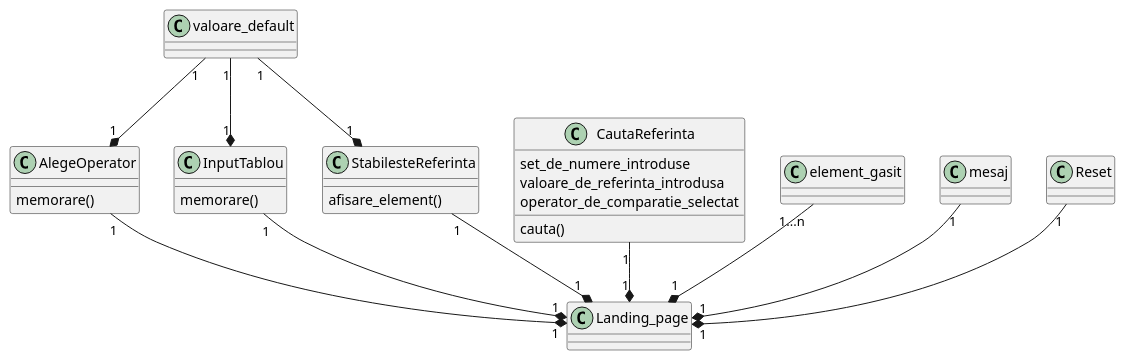
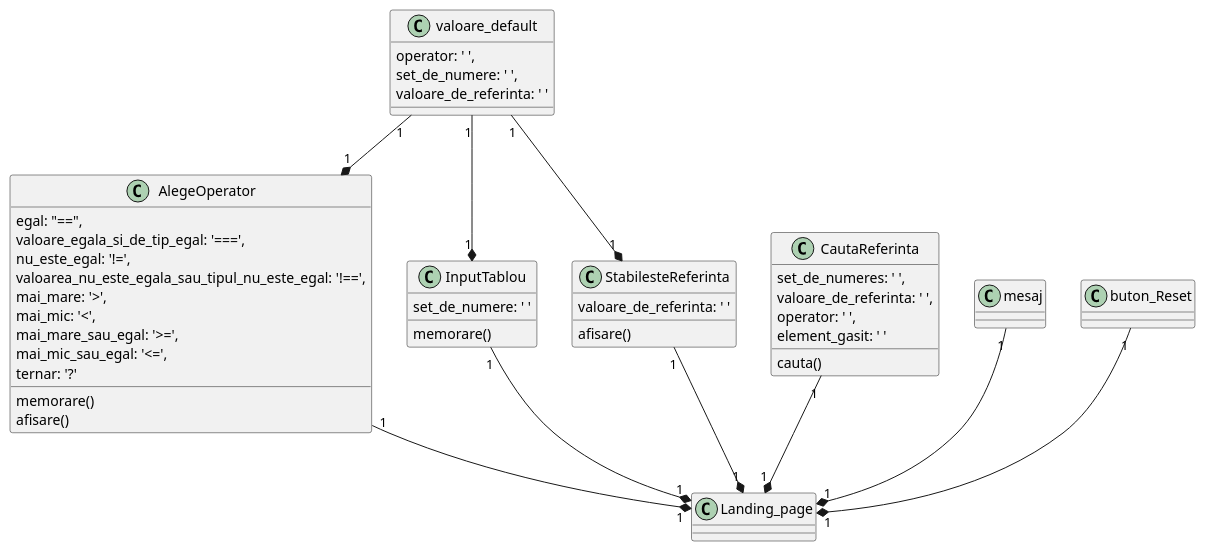
Before and after one commit to CalinMargineanu/SearchApp: the diagram in Class Diagram.puml, drawn with PlantUML.

```diff
--- a/Class Diagram.puml
+++ b/Class Diagram.puml
@@ -1,47 +1,64 @@
 @startuml
 
 class Landing_page {
 }
 
 class AlegeOperator {
-memorare()
-}
+        egal: "==",
+        valoare_egala_si_de_tip_egal: '===',
+        nu_este_egal: '!=',
+        valoarea_nu_este_egala_sau_tipul_nu_este_egal: '!==',
+        mai_mare: '>',
+        mai_mic: '<',
+        mai_mare_sau_egal: '>=',
+        mai_mic_sau_egal: '<=',
+        ternar: '?'
+        memorare()
+        afisare()
+        }
+
 AlegeOperator "1" --* "1" Landing_page
 
 class InputTablou {
-memorare()
-}
+        set_de_numere: ' '
+        memorare()
+        }
+
 InputTablou "1" --* "1" Landing_page
 
 class StabilesteReferinta {
-afisare_element()
-}
+        valoare_de_referinta: ' '
+        afisare()
+        }
+
 StabilesteReferinta "1" --* "1" Landing_page
 
 class CautaReferinta {
-set_de_numere_introduse
-valoare_de_referinta_introdusa
-operator_de_comparatie_selectat
-cauta()
-}
+        set_de_numeres: ' ',
+        valoare_de_referinta: ' ',
+        operator: ' ',
+        element_gasit: ' '
+        cauta()
+        }
+
 CautaReferinta "1" --* "1" Landing_page
-
-class element_gasit {
-}
-element_gasit "1...n" --* "1" Landing_page
 
 class mesaj {
 }
 mesaj "1" --* "1" Landing_page
 
-class Reset {
+class buton_Reset {
 }
-Reset "1" --* "1" Landing_page
+buton_Reset "1" --* "1" Landing_page
 
 class valoare_default {
-}
+        operator: ' ',
+        set_de_numere: ' ',
+        valoare_de_referinta: ' '
+        }
+
 valoare_default "1" --* "1" AlegeOperator
 valoare_default "1" --* "1" StabilesteReferinta
 valoare_default "1" --* "1" InputTablou
 
 @enduml
```
